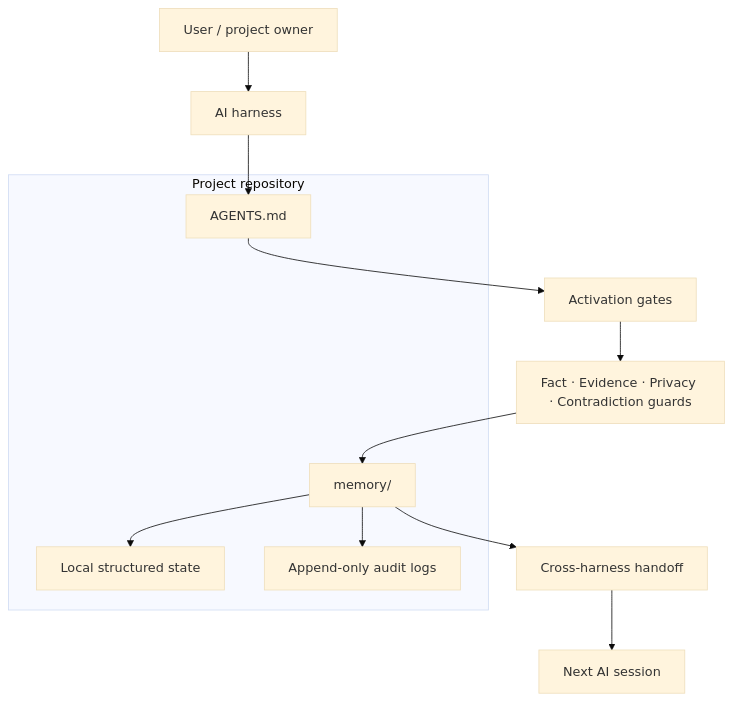
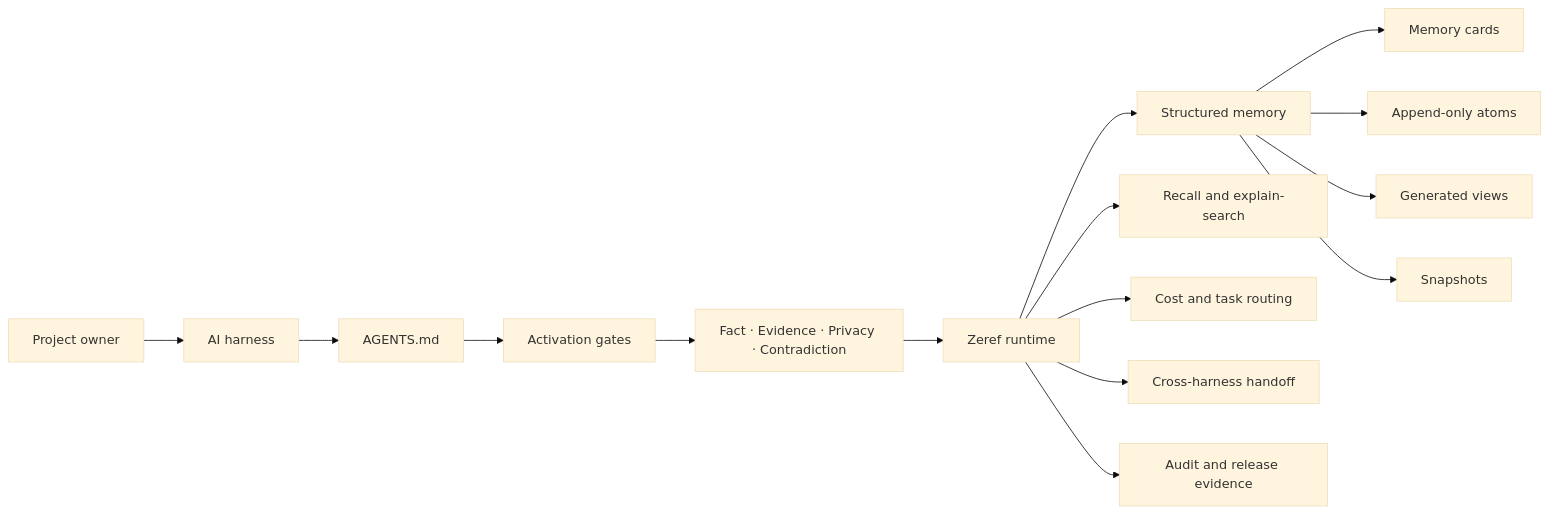
The diagram in README.md (kanadhiayash/zeref-memory-engine), drawn with Mermaid (base theme) before and after one commit. The commit also changed other lines of this file, not shown here.

First line of the commit message:
Revise project overview and capabilities in README

````diff
--- a/README.md
+++ b/README.md
@@ -151,19 +239,20 @@
 ```mermaid
-flowchart TB
-  User["User / project owner"] --> Harness["AI harness"]
-  Harness --> Agents["AGENTS.md"]
-  Agents --> Gates["Activation gates"]
-  Gates --> Guards["Fact · Evidence · Privacy · Contradiction guards"]
-  Guards --> Memory["memory/"]
-  Memory --> State["Local structured state"]
-  Memory --> Audit["Append-only audit logs"]
-  Memory --> Handoff["Cross-harness handoff"]
-  Handoff --> Harness2["Next AI session"]
+flowchart LR
+    Owner["Project owner"] --> Harness["AI harness"]
+    Harness --> Contract["AGENTS.md"]
 
-  subgraph Repo["Project repository"]
-    Agents
-    Memory
-    State
-    Audit
-  end
+    Contract --> Gates["Activation gates"]
+    Gates --> Guards["Fact · Evidence · Privacy · Contradiction"]
+
+    Guards --> Runtime["Zeref runtime"]
+    Runtime --> Memory["Structured memory"]
+    Runtime --> Recall["Recall and explain-search"]
+    Runtime --> Routing["Cost and task routing"]
+    Runtime --> Handoff["Cross-harness handoff"]
+    Runtime --> Audit["Audit and release evidence"]
+
+    Memory --> Cards["Memory cards"]
+    Memory --> Atoms["Append-only atoms"]
+    Memory --> Views["Generated views"]
+    Memory --> Snapshots["Snapshots"]
 ```
````
